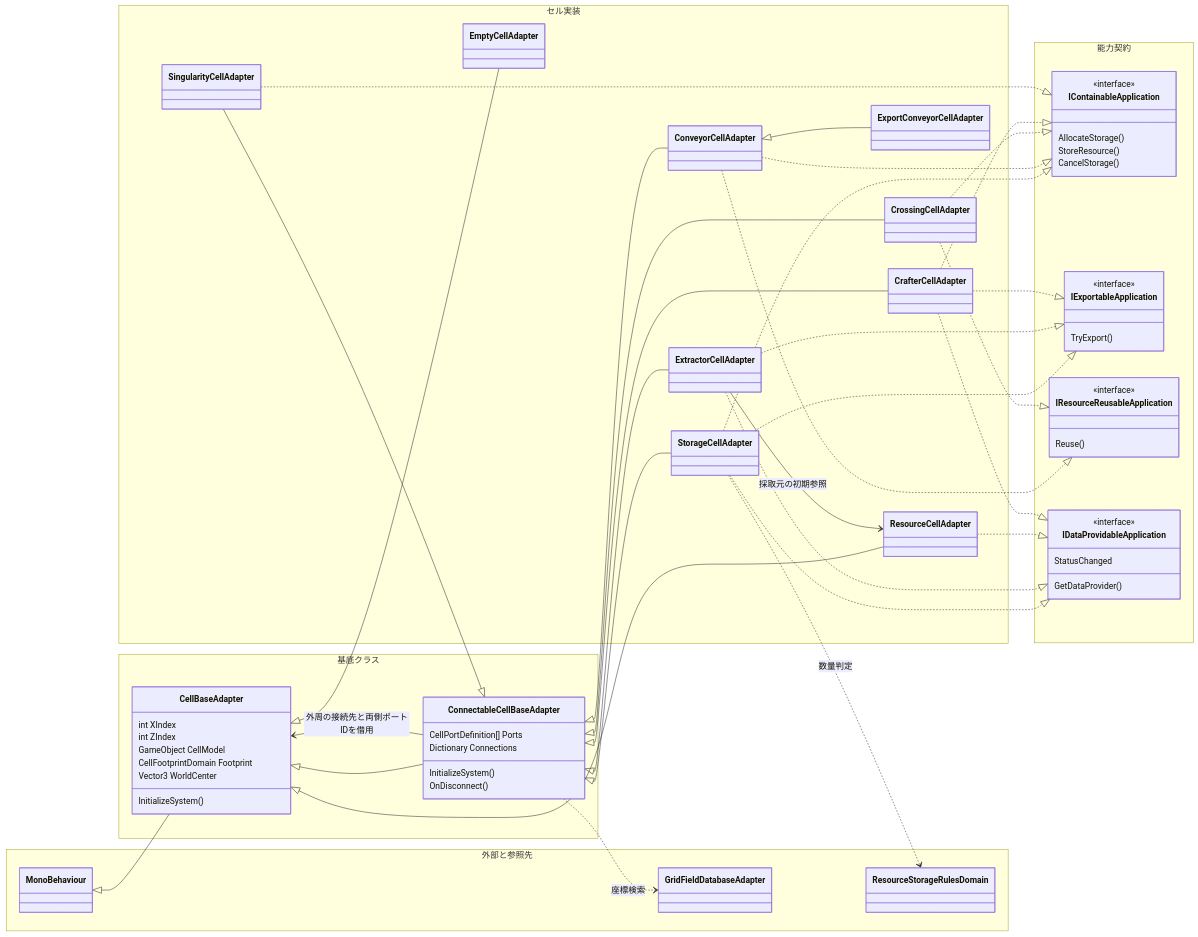
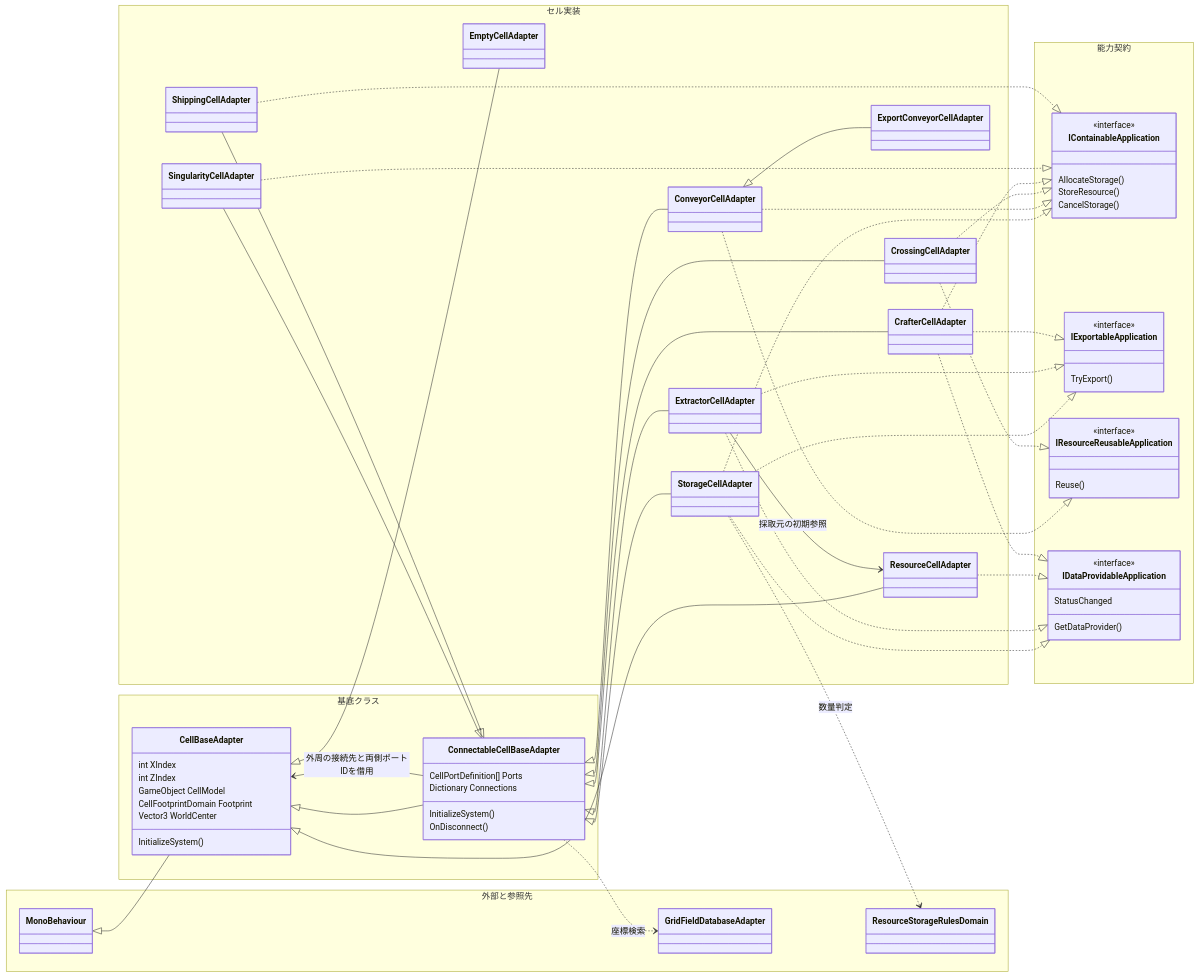
Before and after one commit to AoiTomiyama/FactoryGame: the first of 2 diagrams in docs/design/architecture-cells-grid.md, drawn with Mermaid. The commit also changed 46 other files, not shown here.

````diff
--- a/docs/design/architecture-cells-grid.md
+++ b/docs/design/architecture-cells-grid.md
@@ -38,6 +38,7 @@
  class ConveyorCellAdapter
  class ExportConveyorCellAdapter
  class CrossingCellAdapter
+ class ShippingCellAdapter
  class SingularityCellAdapter
  class CrafterCellAdapter
  }
@@ -102,4 +103,6 @@
  ExtractorCellAdapter --> ResourceCellAdapter : 採取元の初期参照
  SingularityCellAdapter --|> ConnectableCellBaseAdapter
  SingularityCellAdapter ..|> IContainableApplication
+ ShippingCellAdapter --|> ConnectableCellBaseAdapter
+ ShippingCellAdapter ..|> IContainableApplication
 ```
````
